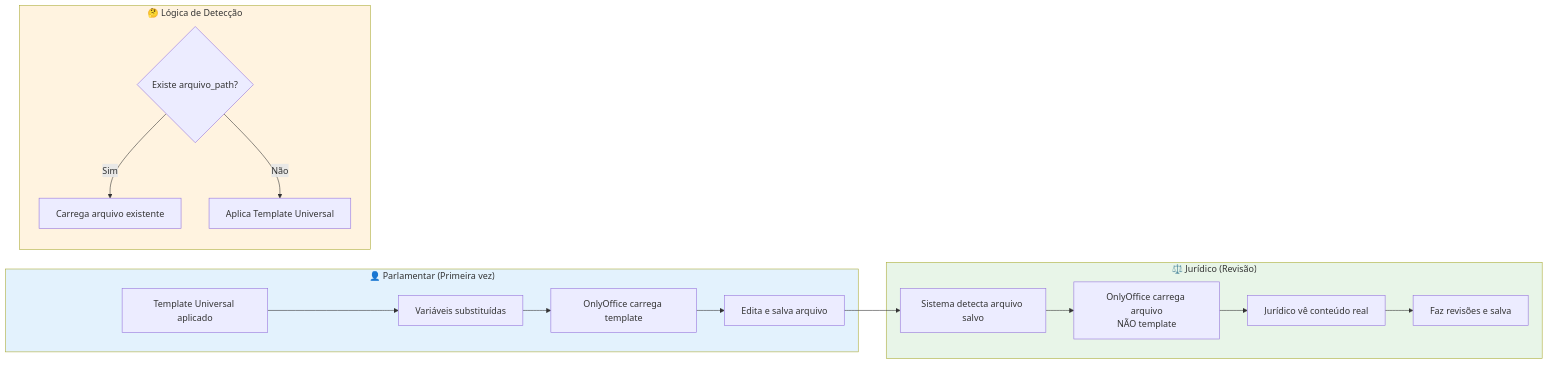
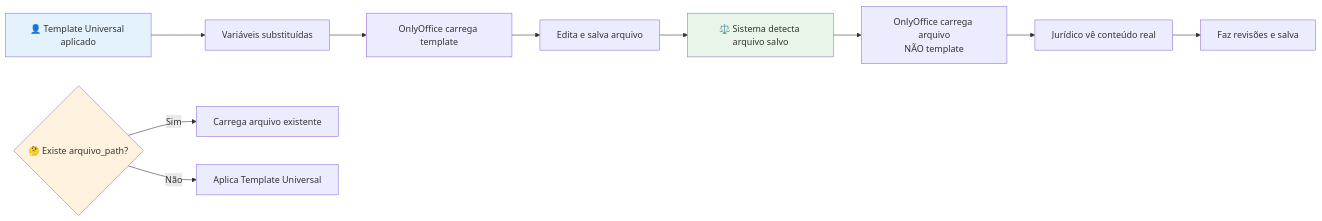
Before and after one commit to rangelbruno/legisinc-v3: the sixth of 19 diagrams in docs/FLUXO-PROPOSICOES-MERMAID.md, drawn with Mermaid. The commit also changed other lines of this file and 21 other files, not shown here.

Commit message:
docs(architecture): add complete system architecture and operational flow diagrams

````diff
--- a/docs/FLUXO-PROPOSICOES-MERMAID.md
+++ b/docs/FLUXO-PROPOSICOES-MERMAID.md
@@ -292,35 +280,30 @@
 ```mermaid
-flowchart LR
-    subgraph Parlamentar["👤 Parlamentar (Primeira vez)"]
-        P1[Template Universal aplicado]
-        P2[Variáveis substituídas]
-        P3[OnlyOffice carrega template]
-        P4[Edita e salva arquivo]
-        
-        P1 --> P2 --> P3 --> P4
-    end
-    
-    subgraph Juridico["⚖️ Jurídico (Revisão)"]
-        J1[Sistema detecta arquivo salvo]
-        J2[OnlyOffice carrega arquivo<br/>NÃO template]
-        J3[Jurídico vê conteúdo real]
-        J4[Faz revisões e salva]
-        
-        J1 --> J2 --> J3 --> J4
-    end
-    
+graph LR
+    %% Parlamentar (Primeira vez)
+    P1[👤 Template Universal aplicado]
+    P2[Variáveis substituídas]
+    P3[OnlyOffice carrega template]
+    P4[Edita e salva arquivo]
+
+    %% Jurídico (Revisão)
+    J1[⚖️ Sistema detecta arquivo salvo]
+    J2[OnlyOffice carrega arquivo<br/>NÃO template]
+    J3[Jurídico vê conteúdo real]
+    J4[Faz revisões e salva]
+
+    %% Lógica de Detecção
+    D1{🤔 Existe arquivo_path?}
+    D2[Carrega arquivo existente]
+    D3[Aplica Template Universal]
+
+    P1 --> P2 --> P3 --> P4
+    J1 --> J2 --> J3 --> J4
     P4 --> J1
-    
-    subgraph Decision["🤔 Lógica de Detecção"]
-        D1{Existe arquivo_path?}
-        D2[Carrega arquivo existente]
-        D3[Aplica Template Universal]
-        
-        D1 -->|Sim| D2
-        D1 -->|Não| D3
-    end
-    
-    style Parlamentar fill:#e3f2fd
-    style Juridico fill:#e8f5e8
-    style Decision fill:#fff3e0
+
+    D1 -->|Sim| D2
+    D1 -->|Não| D3
+
+    style P1 fill:#e3f2fd
+    style J1 fill:#e8f5e8
+    style D1 fill:#fff3e0
 ```
````
